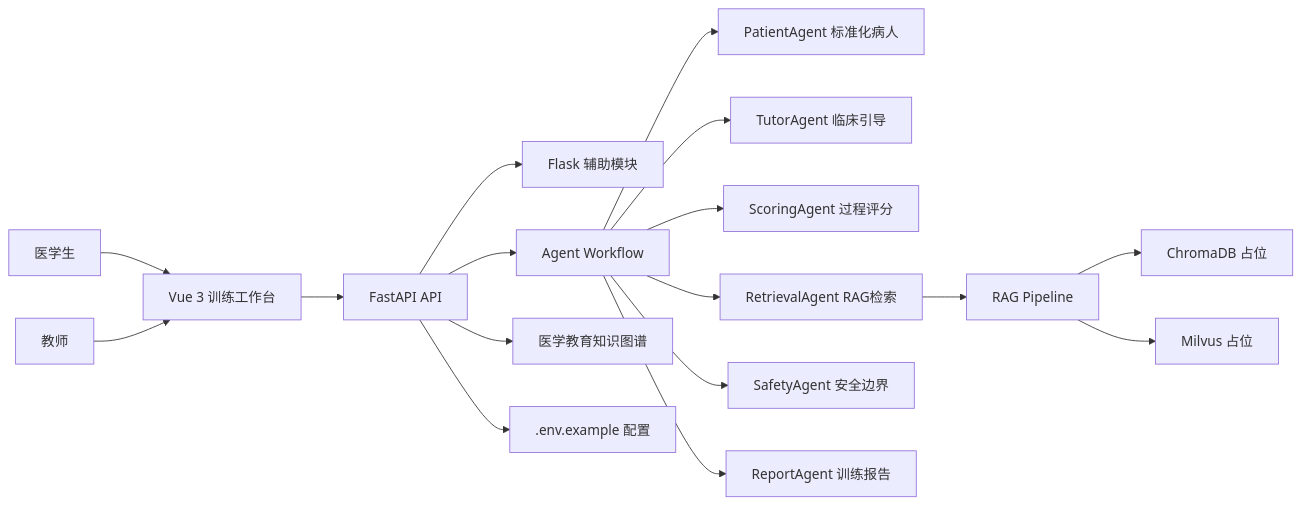
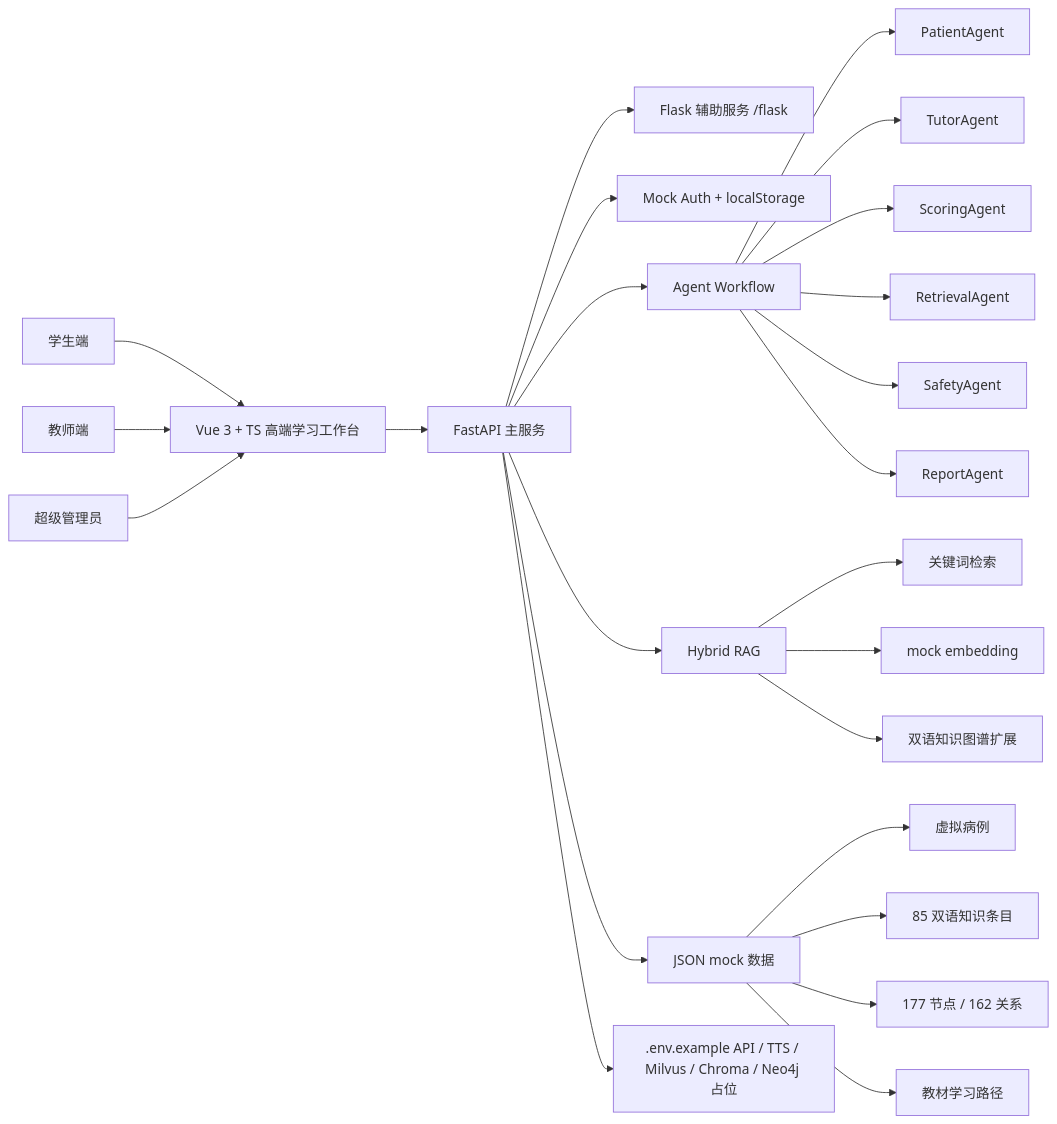
The first of 6 diagrams in readme.md (caozhisfather/medical_system), drawn with Mermaid before and after one commit. The commit also changed other lines of this file and 72 other files, not shown here.

````diff
--- a/readme.md
+++ b/readme.md
@@ -41,19 +81,26 @@
 ```mermaid
 flowchart LR
-  Student[医学生] --> FE[Vue 3 训练工作台]
-  Teacher[教师] --> FE
-  FE --> API[FastAPI API]
-  API --> Flask[Flask 辅助模块]
-  API --> Agents[Agent Workflow]
-  Agents --> Patient[PatientAgent 标准化病人]
-  Agents --> Tutor[TutorAgent 临床引导]
-  Agents --> Scoring[ScoringAgent 过程评分]
-  Agents --> Retrieval[RetrievalAgent RAG检索]
-  Agents --> Safety[SafetyAgent 安全边界]
-  Agents --> Report[ReportAgent 训练报告]
-  Retrieval --> RAG[RAG Pipeline]
-  RAG --> Chroma[ChromaDB 占位]
-  RAG --> Milvus[Milvus 占位]
-  API --> KG[医学教育知识图谱]
-  API --> Env[.env.example 配置]
+  Student["学生端"] --> FE["Vue 3 + TS 高端学习工作台"]
+  Teacher["教师端"] --> FE
+  Admin["超级管理员"] --> FE
+  FE --> API["FastAPI 主服务"]
+  API --> Flask["Flask 辅助服务 /flask"]
+  API --> Auth["Mock Auth + localStorage"]
+  API --> Agents["Agent Workflow"]
+  Agents --> Patient["PatientAgent"]
+  Agents --> Tutor["TutorAgent"]
+  Agents --> Score["ScoringAgent"]
+  Agents --> Retrieval["RetrievalAgent"]
+  Agents --> Safety["SafetyAgent"]
+  Agents --> Report["ReportAgent"]
+  API --> RAG["Hybrid RAG"]
+  RAG --> KW["关键词检索"]
+  RAG --> EMB["mock embedding"]
+  RAG --> KG["双语知识图谱扩展"]
+  API --> Data["JSON mock 数据"]
+  Data --> Cases["虚拟病例"]
+  Data --> Know["85 双语知识条目"]
+  Data --> Graph["177 节点 / 162 关系"]
+  Data --> Textbooks["教材学习路径"]
+  API --> Env[".env.example API / TTS / Milvus / Chroma / Neo4j 占位"]
 ```
````
